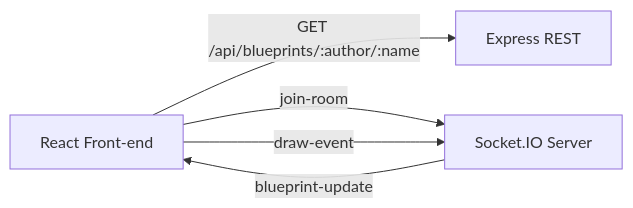
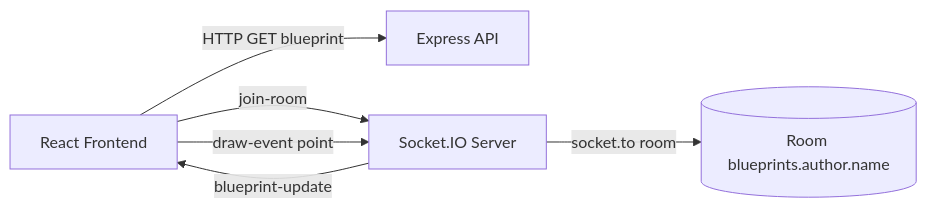
One commit to TerraFour-ECI/blueprints-example-backend-socketio-node changed the first of 2 diagrams in README.md. Above: the diagram before and after it, drawn with Mermaid. The commit also changed other lines of this file, not shown here.

````diff
--- a/README.md
+++ b/README.md
@@ -26,7 +50,8 @@
 ```mermaid
 flowchart LR
-  FE[React Front-end] -->|GET /api/blueprints/:author/:name| API[Express REST]
+  FE[React Frontend] -->|HTTP GET blueprint| API[Express API]
   FE -->|join-room| IO[Socket.IO Server]
-  FE -->|draw-event| IO
+  FE -->|draw-event point| IO
   IO -->|blueprint-update| FE
+  IO -->|socket.to room| ROOM[(Room blueprints.author.name)]
 ```
````
